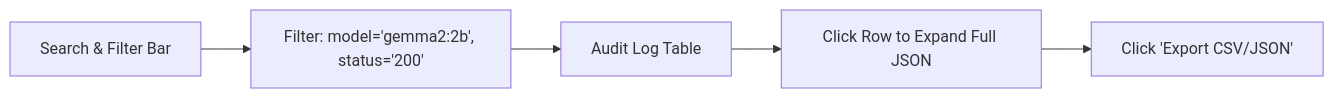
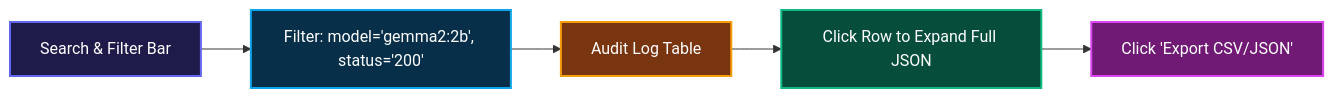
One commit to vdonthireddy/agentic-ai changed the diagram in docs/07_audit_logs.md. Above: the diagram before and after it, drawn with Mermaid. The commit also changed 10 other files, not shown here.

Commit message:
docs(styling): enrich Mermaid flowcharts with vibrant, glowing classDef colors across all documentation guides

````diff
--- a/docs/07_audit_logs.md
+++ b/docs/07_audit_logs.md
@@ -34,7 +34,19 @@
 ```mermaid
 flowchart LR
     User["Search & Filter Bar"] --> Filter["Filter: model='gemma2:2b', status='200'"]
     Filter --> Table["Audit Log Table"]
     Table --> Expand["Click Row to Expand Full JSON"]
     Expand --> Export["Click 'Export CSV/JSON'"]
+
+    classDef cIndigo fill:#1e1b4b,stroke:#6366f1,stroke-width:2px,color:#fff;
+    classDef cCyan fill:#082f49,stroke:#0ea5e9,stroke-width:2px,color:#fff;
+    classDef cAmber fill:#78350f,stroke:#f59e0b,stroke-width:2px,color:#fff;
+    classDef cEmerald fill:#064e3b,stroke:#10b981,stroke-width:2px,color:#fff;
+    classDef cFuchsia fill:#701a75,stroke:#d946ef,stroke-width:2px,color:#fff;
+
+    class User cIndigo;
+    class Filter cCyan;
+    class Table cAmber;
+    class Expand cEmerald;
+    class Export cFuchsia;
 ```
````
